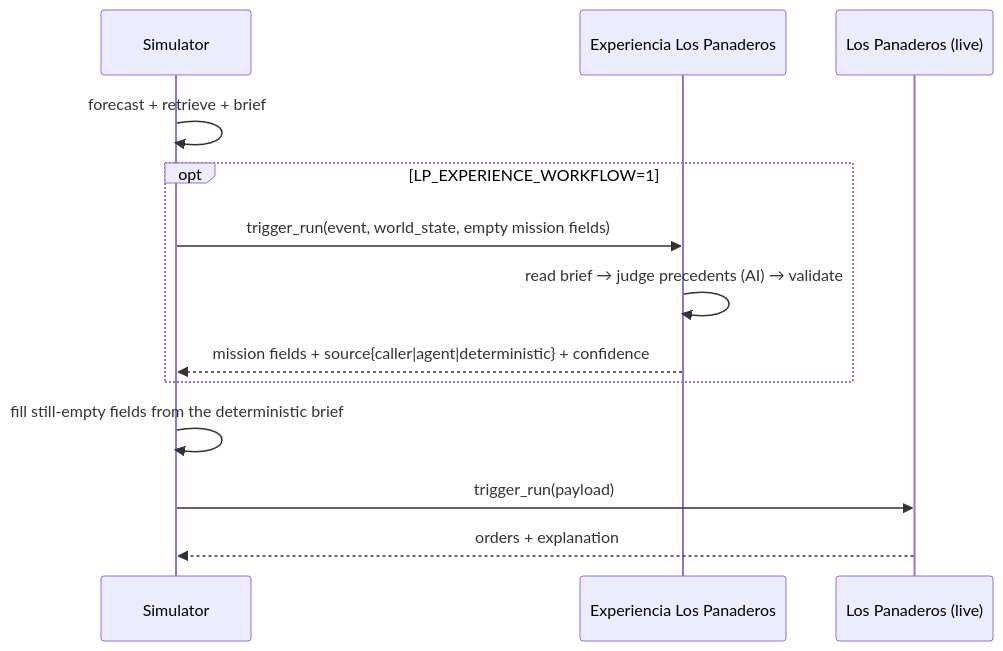
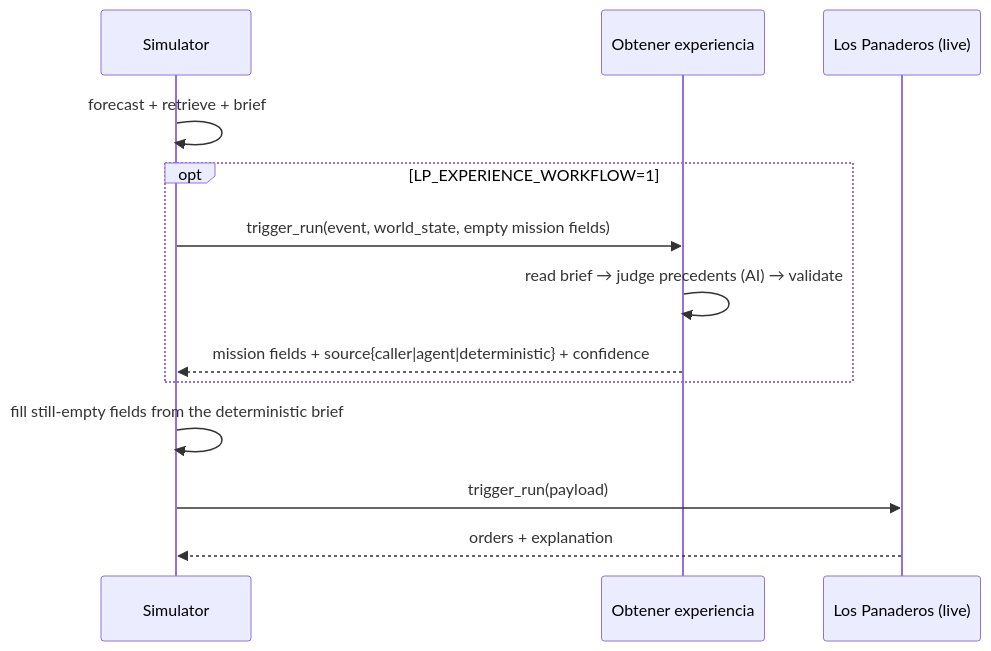
One commit to jucamohedano/Los_Panaderos changed the fourth of 6 diagrams in docs/self-healing-loop.md. Above: the diagram before and after it, drawn with Mermaid. The commit also changed other lines of this file and 4 other files, not shown here.

Commit message:
Rename the callable HappyRobot workflow to Obtener experiencia

````diff
--- a/docs/self-healing-loop.md
+++ b/docs/self-healing-loop.md
@@ -99,15 +99,15 @@
 ```mermaid
 sequenceDiagram
   participant Sim as Simulator
-  participant Ex as Experiencia Los Panaderos
+  participant Ex as Obtener experiencia
   participant LP as Los Panaderos (live)
   Sim->>Sim: forecast + retrieve + brief
   opt LP_EXPERIENCE_WORKFLOW=1
     Sim->>Ex: trigger_run(event, world_state, empty mission fields)
     Ex->>Ex: read brief → judge precedents (AI) → validate
     Ex-->>Sim: mission fields + source{caller|agent|deterministic} + confidence
   end
   Sim->>Sim: fill still-empty fields from the deterministic brief
   Sim->>LP: trigger_run(payload)
   LP-->>Sim: orders + explanation
 ```
````
